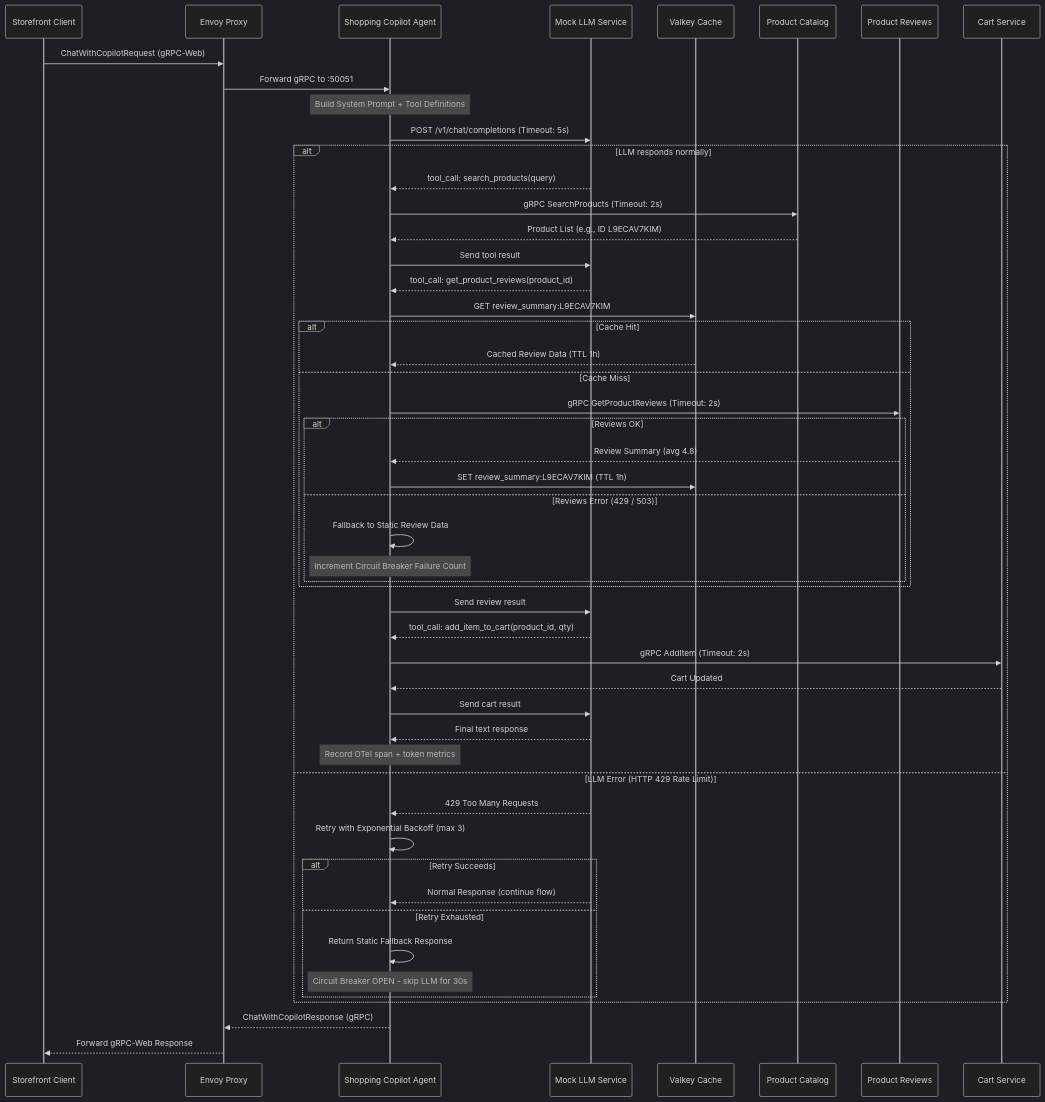
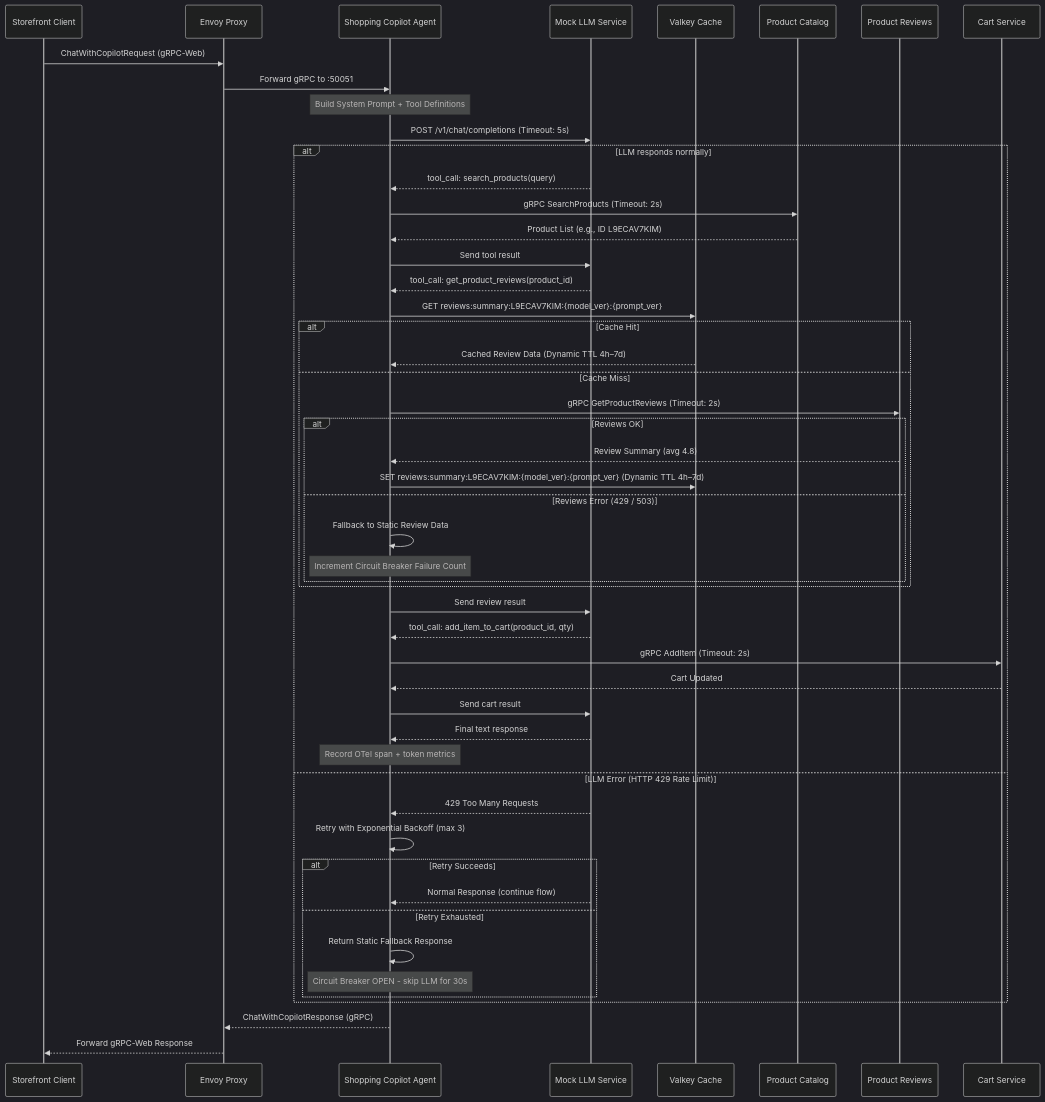
The diagram in docs/ai/specs/shopping_copilot.md (nguyenductien-qnm/capstone-phase-3), drawn with Mermaid (dark theme) before and after one commit. The commit also changed other lines of this file and 31 other files, not shown here.

````diff
--- a/docs/ai/specs/shopping_copilot.md
+++ b/docs/ai/specs/shopping_copilot.md
@@ -13,59 +13,59 @@
 ```mermaid
 sequenceDiagram
     participant Client as Storefront Client
     participant Envoy as Envoy Proxy
     participant Copilot as Shopping Copilot Agent
     participant LLM as Mock LLM Service
     participant Cache as Valkey Cache
     participant Catalog as Product Catalog
     participant Reviews as Product Reviews
     participant Cart as Cart Service
 
     Client->>Envoy: ChatWithCopilotRequest (gRPC-Web)
     Envoy->>Copilot: Forward gRPC to :50051
     Note over Copilot: Build System Prompt + Tool Definitions
 
     Copilot->>LLM: POST /v1/chat/completions (Timeout: 5s)
     alt LLM responds normally
         LLM-->>Copilot: tool_call: search_products(query)
         Copilot->>Catalog: gRPC SearchProducts (Timeout: 2s)
         Catalog-->>Copilot: Product List (e.g., ID L9ECAV7KIM)
         Copilot->>LLM: Send tool result
         LLM-->>Copilot: tool_call: get_product_reviews(product_id)
 
-        Copilot->>Cache: GET review_summary:L9ECAV7KIM
+        Copilot->>Cache: GET reviews:summary:L9ECAV7KIM:{model_ver}:{prompt_ver}
         alt Cache Hit
-            Cache-->>Copilot: Cached Review Data (TTL 1h)
+            Cache-->>Copilot: Cached Review Data (Dynamic TTL 4h–7d)
         else Cache Miss
             Copilot->>Reviews: gRPC GetProductReviews (Timeout: 2s)
             alt Reviews OK
                 Reviews-->>Copilot: Review Summary (avg 4.8)
-                Copilot->>Cache: SET review_summary:L9ECAV7KIM (TTL 1h)
+                Copilot->>Cache: SET reviews:summary:L9ECAV7KIM:{model_ver}:{prompt_ver} (Dynamic TTL 4h–7d)
             else Reviews Error (429 / 503)
                 Copilot->>Copilot: Fallback to Static Review Data
                 Note over Copilot: Increment Circuit Breaker Failure Count
             end
         end
 
         Copilot->>LLM: Send review result
         LLM-->>Copilot: tool_call: add_item_to_cart(product_id, qty)
         Copilot->>Cart: gRPC AddItem (Timeout: 2s)
         Cart-->>Copilot: Cart Updated
         Copilot->>LLM: Send cart result
         LLM-->>Copilot: Final text response
         Note over Copilot: Record OTel span + token metrics
 
     else LLM Error (HTTP 429 Rate Limit)
         LLM-->>Copilot: 429 Too Many Requests
         Copilot->>Copilot: Retry with Exponential Backoff (max 3)
         alt Retry Succeeds
             LLM-->>Copilot: Normal Response (continue flow)
         else Retry Exhausted
             Copilot->>Copilot: Return Static Fallback Response
             Note over Copilot: Circuit Breaker OPEN - skip LLM for 30s
         end
     end
 
     Copilot-->>Envoy: ChatWithCopilotResponse (gRPC)
     Envoy-->>Client: Forward gRPC-Web Response
 ```
````
